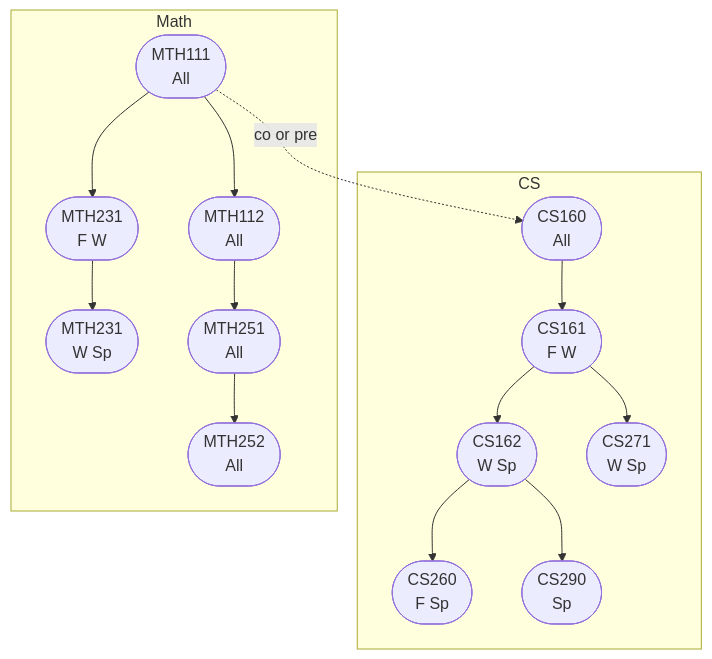
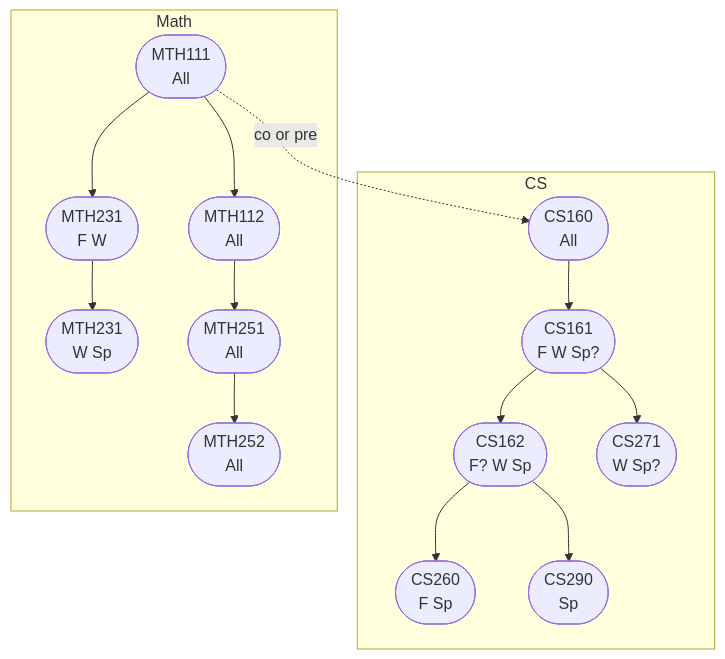
The diagram in content/advising/course_ordering.md (ChemeketaCS/csweb), drawn with Mermaid before and after one commit. The commit also changed other lines of this file, not shown here.

Commit message:
Add new offerings to course ordering page

````diff
--- a/content/advising/course_ordering.md
+++ b/content/advising/course_ordering.md
@@ -29,19 +30,19 @@
 ```mermaid
 graph TD
 
   subgraph CS
-  CS160([CS160<div class='terms'>All</div>])-->CS161([CS161<div class='terms'>F W</div>]);
-  CS161-->CS162([CS162<div class='terms'>W Sp]);
+  CS160([CS160<div class='terms'>All</div>])-->CS161([CS161<div class='terms'>F W Sp?</div>]);
+  CS161-->CS162([CS162<div class='terms'>F? W Sp]);
   CS162-->CS260([CS260<div class='terms'>F Sp</div>]);
-  CS161-->CS271([CS271<div class='terms'>W Sp</div>]);
+  CS161-->CS271([CS271<div class='terms'>W Sp?</div>]);
   CS162-->CS290([CS290<div class='terms'>Sp</div>]);
   end
   MTH111([MTH111<div class='terms'>All</div>])-->MTH112([MTH112<div class='terms'>All</div>]);
   subgraph Math
   MTH111-. co or pre .->CS160
   MTH111-->MTH231([MTH231<div class='terms'>F W</div>]);
   MTH231-->MTH232([MTH231<div class='terms'>W Sp</div>]);
   MTH112-->MTH251([MTH251<div class='terms'>All</div>]);
   MTH251-->MTH252([MTH252<div class='terms'>All</div>]);
   end
 ```
````
